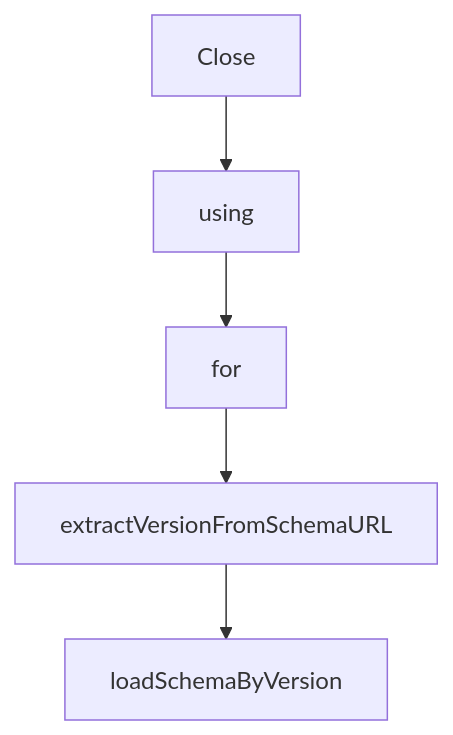
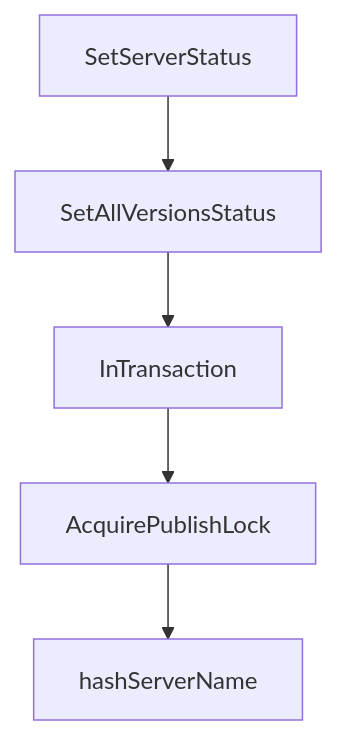
The diagram in tutorials/mcp-registry-tutorial/05-api-consumption-subregistries-and-sync-strategies.md (johnxie/awesome-code-docs), drawn with Mermaid before and after one commit. The commit also changed other lines of this file and 1232 other files, not shown here.

````diff
--- a/tutorials/mcp-registry-tutorial/05-api-consumption-subregistries-and-sync-strategies.md
+++ b/tutorials/mcp-registry-tutorial/05-api-consumption-subregistries-and-sync-strategies.md
@@ -221,12 +219,12 @@
 ```mermaid
 flowchart TD
-    A[Close]
-    B[using]
-    C[for]
-    D[extractVersionFromSchemaURL]
-    E[loadSchemaByVersion]
+    A[SetServerStatus]
+    B[SetAllVersionsStatus]
+    C[InTransaction]
+    D[AcquirePublishLock]
+    E[hashServerName]
     A --> B
     B --> C
     C --> D
     D --> E
 ```
````
